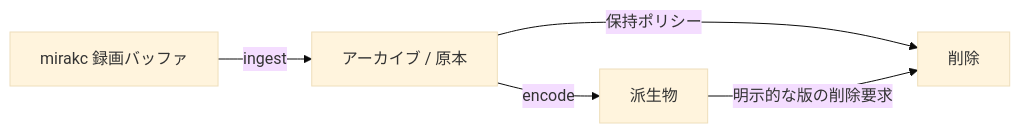
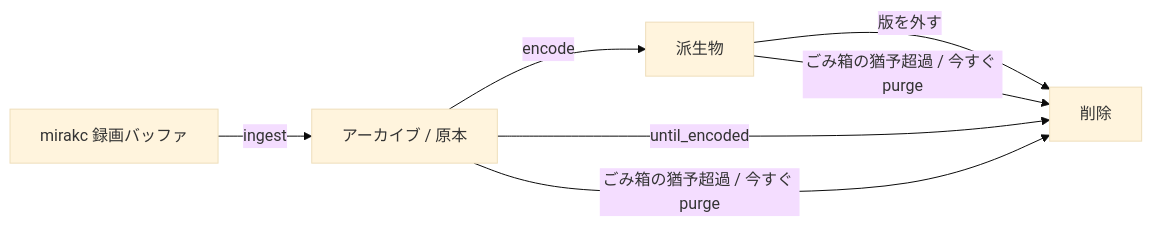
The diagram in docs/storage.md (fetburner/rokuban), drawn with Mermaid (base theme) before and after one commit. The commit also changed 4 other files, not shown here.

````diff
--- a/docs/storage.md
+++ b/docs/storage.md
@@ -6,7 +6,8 @@
 ```mermaid
 flowchart LR
     buffer[mirakc 録画バッファ] -->|ingest| original[アーカイブ / 原本]
     original -->|encode| derived[派生物]
-    original -->|保持ポリシー| delete[削除]
-    derived -->|明示的な版の削除要求| delete
+    original -->|until_encoded| delete[削除]
+    derived -->|版を外す| delete
+    original & derived -->|ごみ箱の猶予超過 / 今すぐ purge| delete
 ```
````
